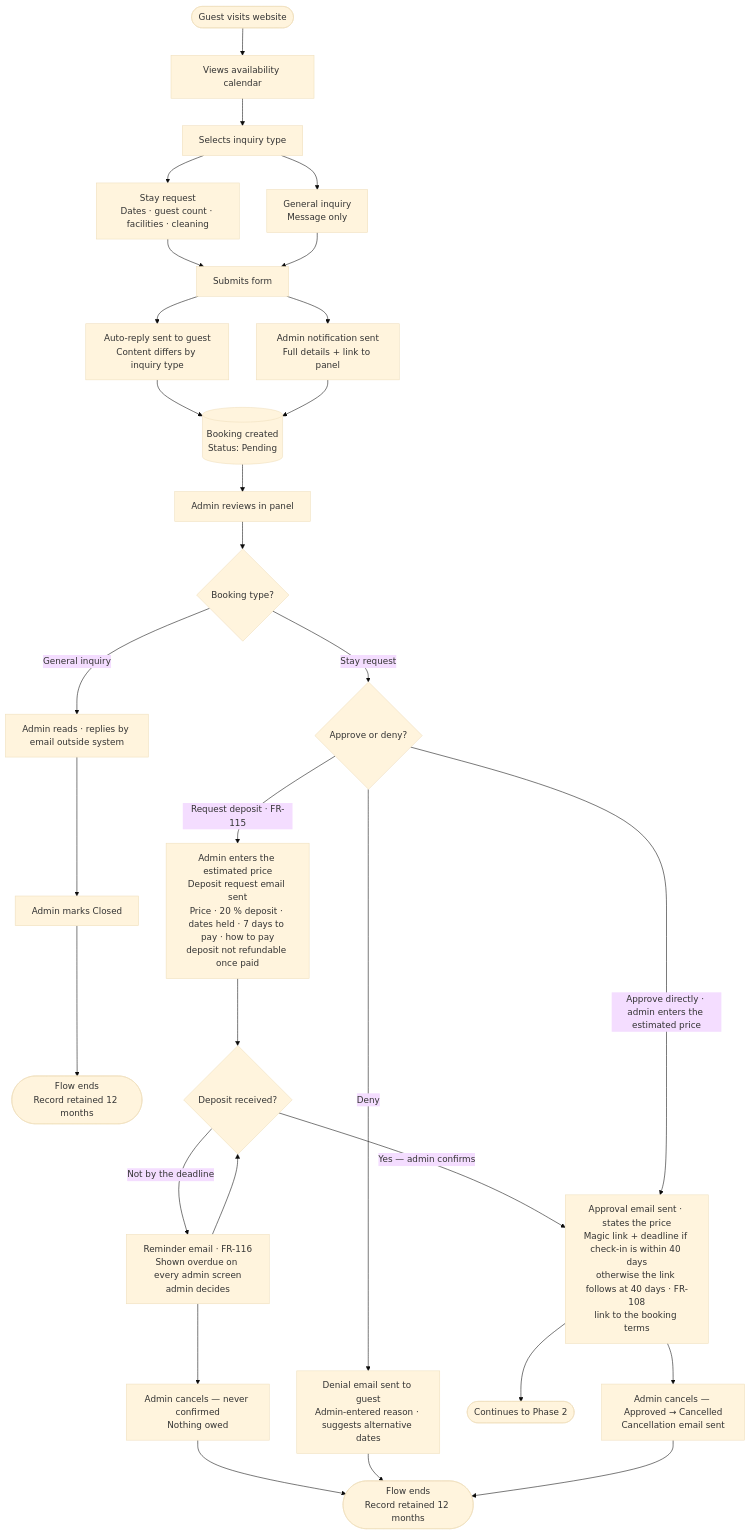
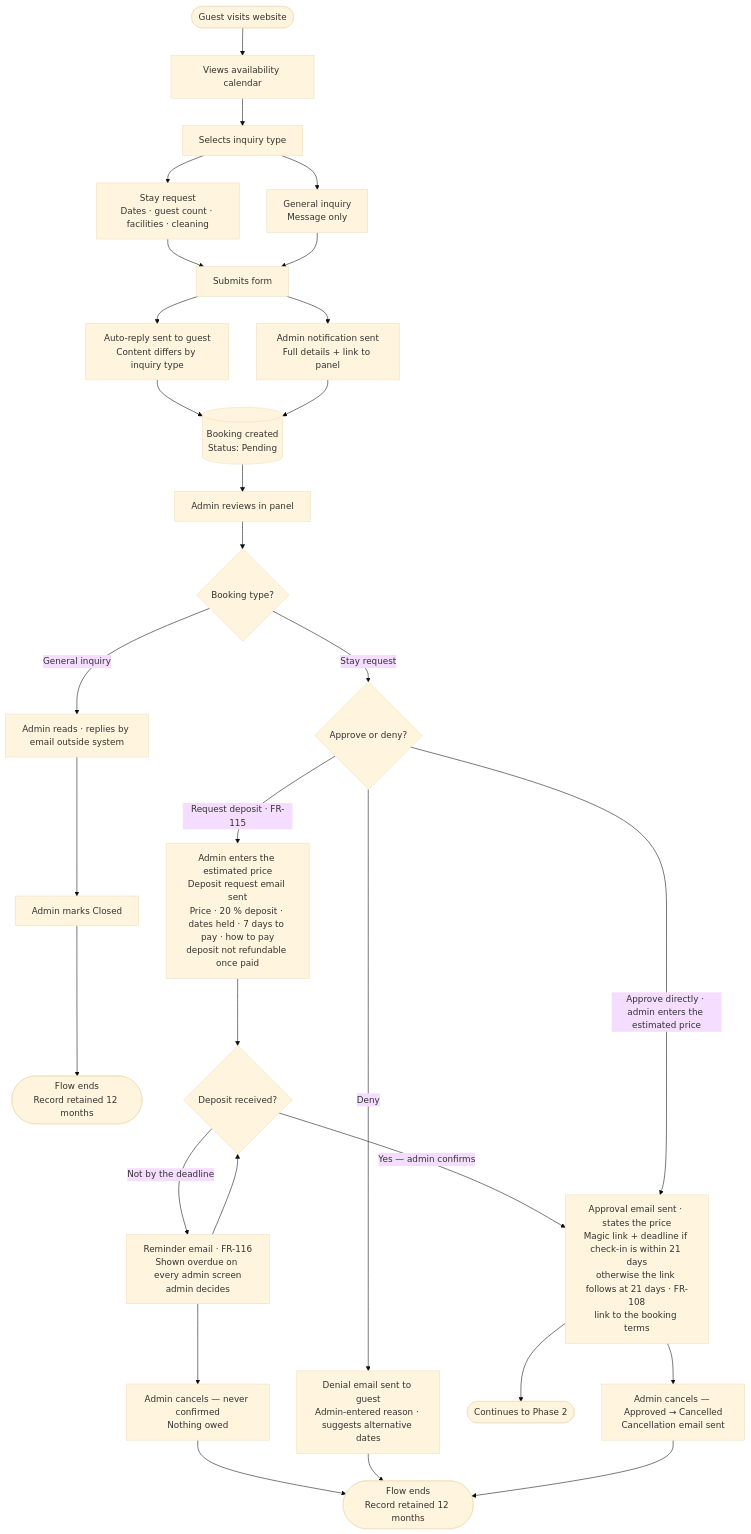
One commit to eliya-amanoeel/akerogarden changed the first of 3 diagrams in docs/product/requirements.md. Above: the diagram before and after it, drawn with Mermaid (base theme). The commit also changed other lines of this file and 28 other files, not shown here.

````diff
--- a/docs/product/requirements.md
+++ b/docs/product/requirements.md
@@ -95,32 +95,32 @@
 ```mermaid
 flowchart TD
     A([Guest visits website]) --> B[Views availability calendar]
     B --> C[Selects inquiry type]
     C --> C1[Stay request\nDates · guest count · facilities · cleaning]
     C --> C2[General inquiry\nMessage only]
     C1 --> D[Submits form]
     C2 --> D
     D --> E[Auto-reply sent to guest\nContent differs by inquiry type]
     D --> F[Admin notification sent\nFull details + link to panel]
     E --> G[(Booking created\nStatus: Pending)]
     F --> G
     G --> H[Admin reviews in panel]
     H --> I{Booking type?}
     I -->|General inquiry| GI[Admin reads · replies by email outside system]
     GI --> GI2[Admin marks Closed]
     GI2 --> GI3([Flow ends\nRecord retained 12 months])
     I -->|Stay request| J{Approve or deny?}
     J -->|Deny| JD[Denial email sent to guest\nAdmin-entered reason · suggests alternative dates]
     J -->|Request deposit · FR-115| DP[Admin enters the estimated price\nDeposit request email sent\nPrice · 20 % deposit · dates held · 7 days to pay · how to pay\ndeposit not refundable once paid]
     DP --> DQ{Deposit received?}
     DQ -->|Yes — admin confirms| JA
     DQ -->|Not by the deadline| DR[Reminder email · FR-116\nShown overdue on every admin screen\nadmin decides]
     DR --> DQ
     DR --> DX[Admin cancels — never confirmed\nNothing owed]
     DX --> L
-    J -->|Approve directly · admin enters the estimated price| JA[Approval email sent · states the price\nMagic link + deadline if check-in is within 40 days\notherwise the link follows at 40 days · FR-108\nlink to the booking terms]
+    J -->|Approve directly · admin enters the estimated price| JA[Approval email sent · states the price\nMagic link + deadline if check-in is within 21 days\notherwise the link follows at 21 days · FR-108\nlink to the booking terms]
     JD --> L([Flow ends\nRecord retained 12 months])
     JA --> M([Continues to Phase 2])
     JA --> N[Admin cancels — Approved → Cancelled\nCancellation email sent]
     N --> L
 ```
````
